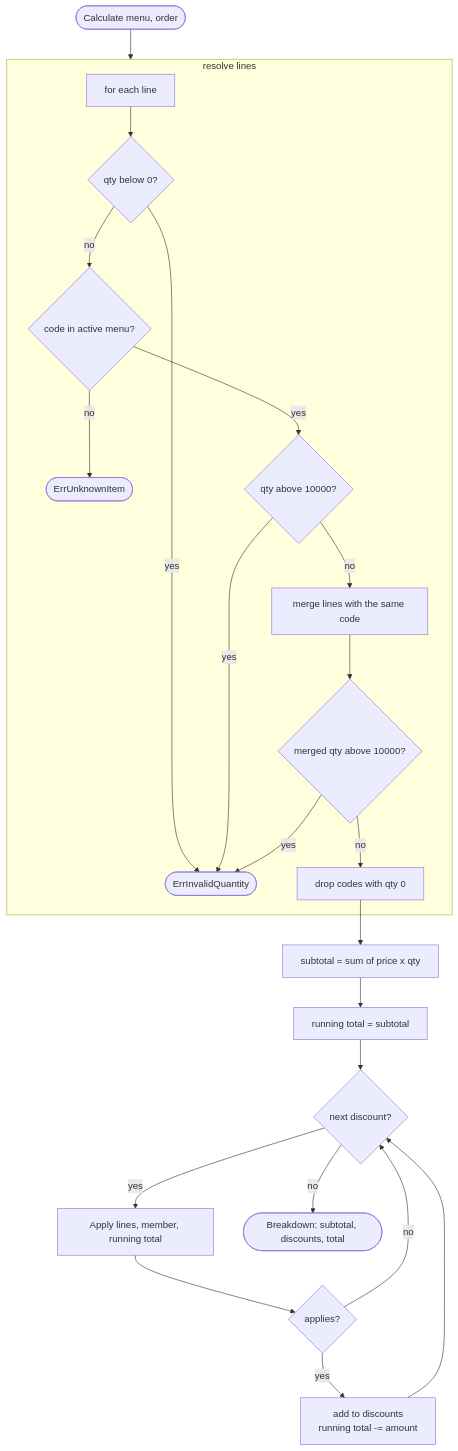
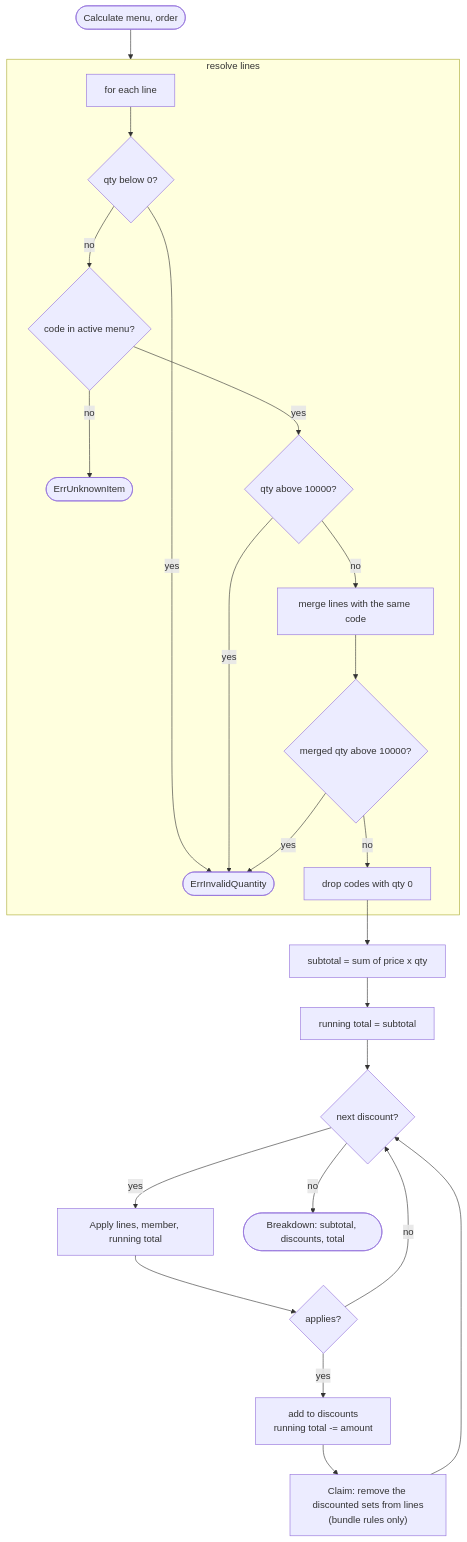
One commit to Gravizz/freshket changed the sixth of 10 diagrams in docs/ARCHITECTURE.md. Above: the diagram before and after it, drawn with Mermaid. The commit also changed other lines of this file, not shown here.

First line of the commit message:
docs: add bundle logic diagrams (counting and claiming)

````diff
--- a/docs/ARCHITECTURE.md
+++ b/docs/ARCHITECTURE.md
@@ -191,27 +191,28 @@
 ```mermaid
 flowchart TD
     Start(["Calculate menu, order"]) --> Resolve
 
     subgraph Resolve["resolve lines"]
         R1["for each line"] --> R2{"qty below 0?"}
         R2 -- yes --> E1(["ErrInvalidQuantity"])
         R2 -- no --> R3{"code in active menu?"}
         R3 -- no --> E2(["ErrUnknownItem"])
         R3 -- yes --> R4{"qty above 10000?"}
         R4 -- yes --> E1
         R4 -- no --> R5["merge lines with the same code"]
         R5 --> R6{"merged qty above 10000?"}
         R6 -- yes --> E1
         R6 -- no --> R7["drop codes with qty 0"]
     end
 
     R7 --> Sub["subtotal = sum of price x qty"]
     Sub --> Run["running total = subtotal"]
     Run --> Loop{"next discount?"}
     Loop -- yes --> Apply["Apply lines, member, running total"]
     Apply --> Applies{"applies?"}
     Applies -- yes --> Take["add to discounts<br/>running total -= amount"]
     Applies -- no --> Loop
-    Take --> Loop
+    Take --> Claim["Claim: remove the discounted sets from lines<br/>(bundle rules only)"]
+    Claim --> Loop
     Loop -- no --> Done(["Breakdown: subtotal, discounts, total"])
 ```
````
